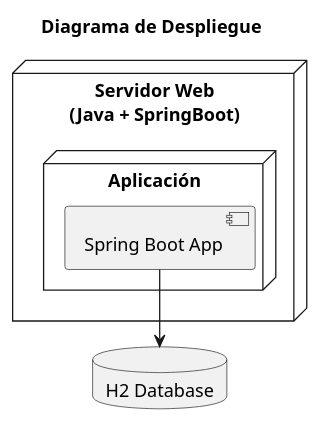
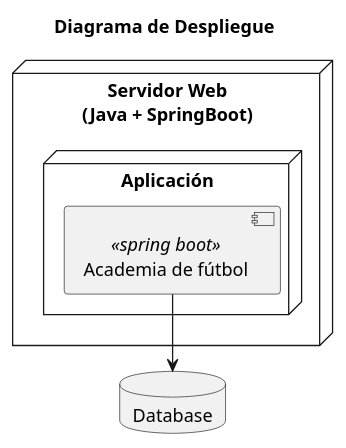
The diagram in doc/arquitectura/despliegue.plantuml (Jorgepd999/api-java-SpringBoot-Escuela-de-Futbol), drawn with PlantUML before and after one commit. The commit also changed 4 other files, not shown here.

Commit message:
add diagramas

```diff
--- a/doc/arquitectura/despliegue.plantuml
+++ b/doc/arquitectura/despliegue.plantuml
@@ -1,14 +1,14 @@
 @startuml
 title Diagrama de Despliegue
 
 node "Servidor Web\n(Java + SpringBoot)" {
-node "Aplicación" {
-component "Spring Boot App" as SpringBoot
-}
+    node "Aplicación" {
+        component "Academia de fútbol" <<spring boot>> as SpringBoot
+    }
 }
 
-database "H2 Database" as H2
+database "Database" as H2
 
 SpringBoot --> H2
 
 @enduml
```
